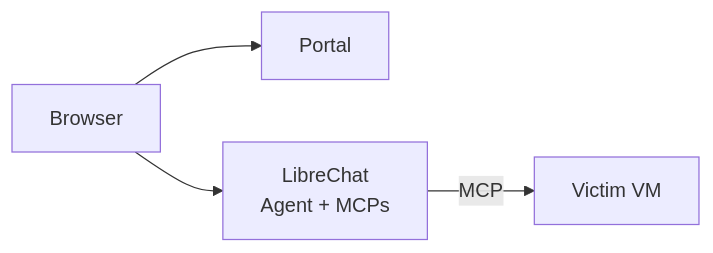
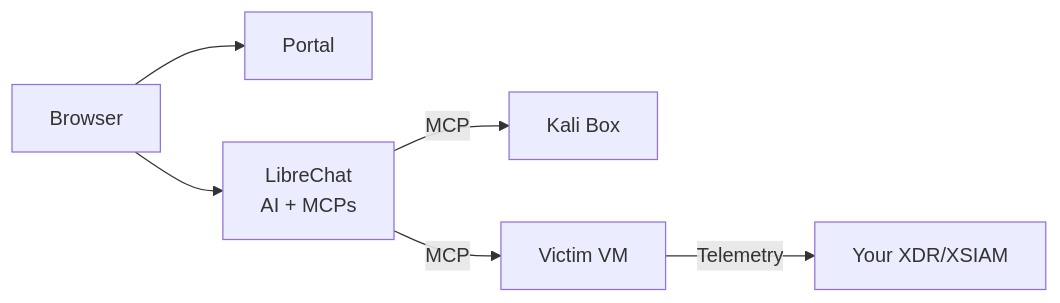
One commit to PaloAltoNetworks/shifter changed the diagram in README.md. Above: the diagram before and after it, drawn with Mermaid. The commit also changed other lines of this file, not shown here.

````diff
--- a/README.md
+++ b/README.md
@@ -48,6 +56,8 @@
 ```mermaid
 flowchart LR
     Browser --> Portal[Portal]
-    Browser --> Chat[LibreChat<br/>Agent + MCPs]
+    Browser --> Chat[LibreChat<br/>AI + MCPs]
+    Chat -->|MCP| Kali[Kali Box]
     Chat -->|MCP| Victim[Victim VM]
+    Victim -->|Telemetry| XDR[Your XDR/XSIAM]
 ```
````
